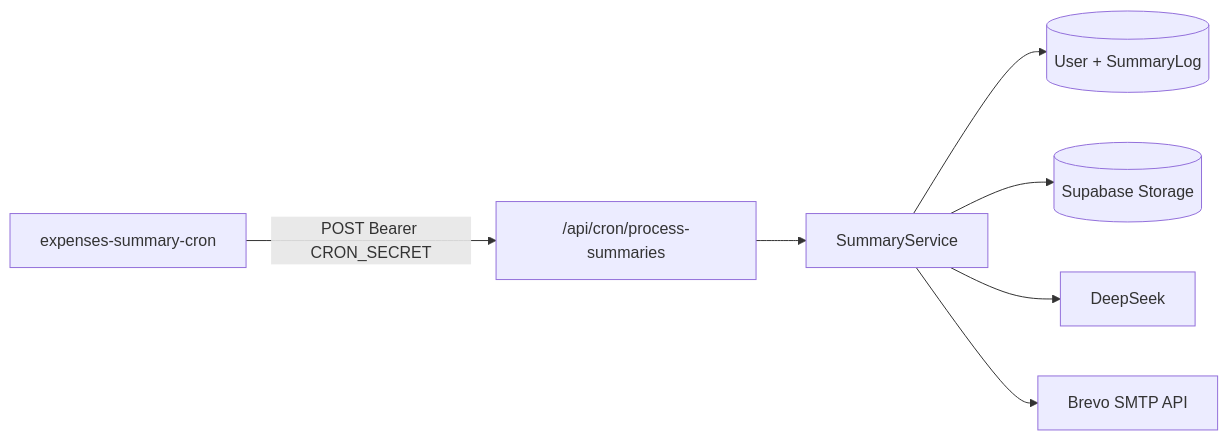
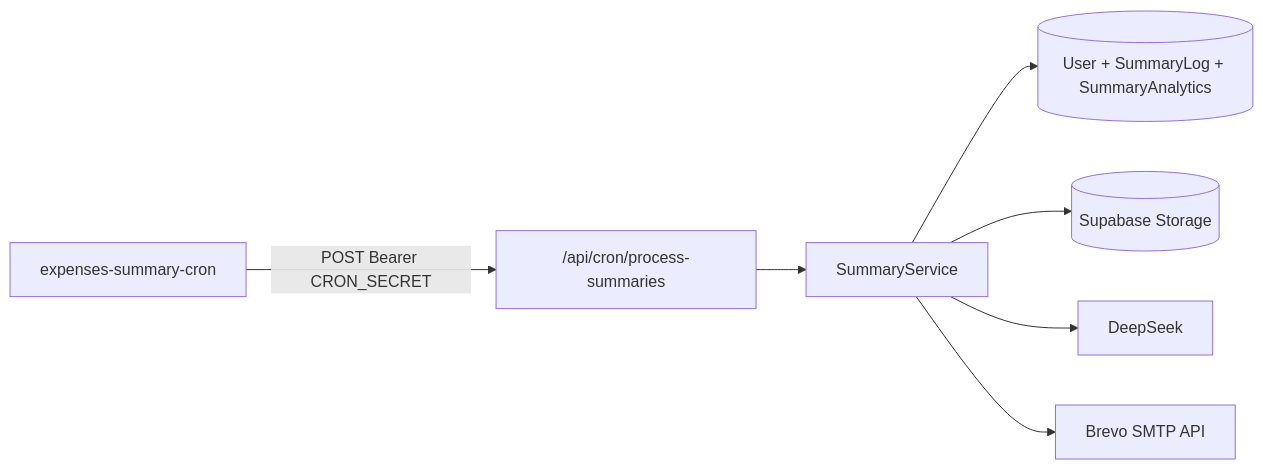
Before and after one commit to PatrykS-ORG/expenses-tracking-backend: the diagram in docs/cron-summaries.md, drawn with Mermaid. The commit also changed other lines of this file and 40 other files, not shown here.

````diff
--- a/docs/cron-summaries.md
+++ b/docs/cron-summaries.md
@@ -7,9 +7,9 @@
 ```mermaid
 flowchart LR
   CronSidecar[expenses-summary-cron] -->|"POST Bearer CRON_SECRET"| Webhook["/api/cron/process-summaries"]
   Webhook --> SummaryService
-  SummaryService --> DB[(User + SummaryLog)]
+  SummaryService --> DB[(User + SummaryLog + SummaryAnalytics)]
   SummaryService --> Storage[(Supabase Storage)]
   SummaryService --> AI[DeepSeek]
   SummaryService --> Brevo[Brevo SMTP API]
 ```
````
